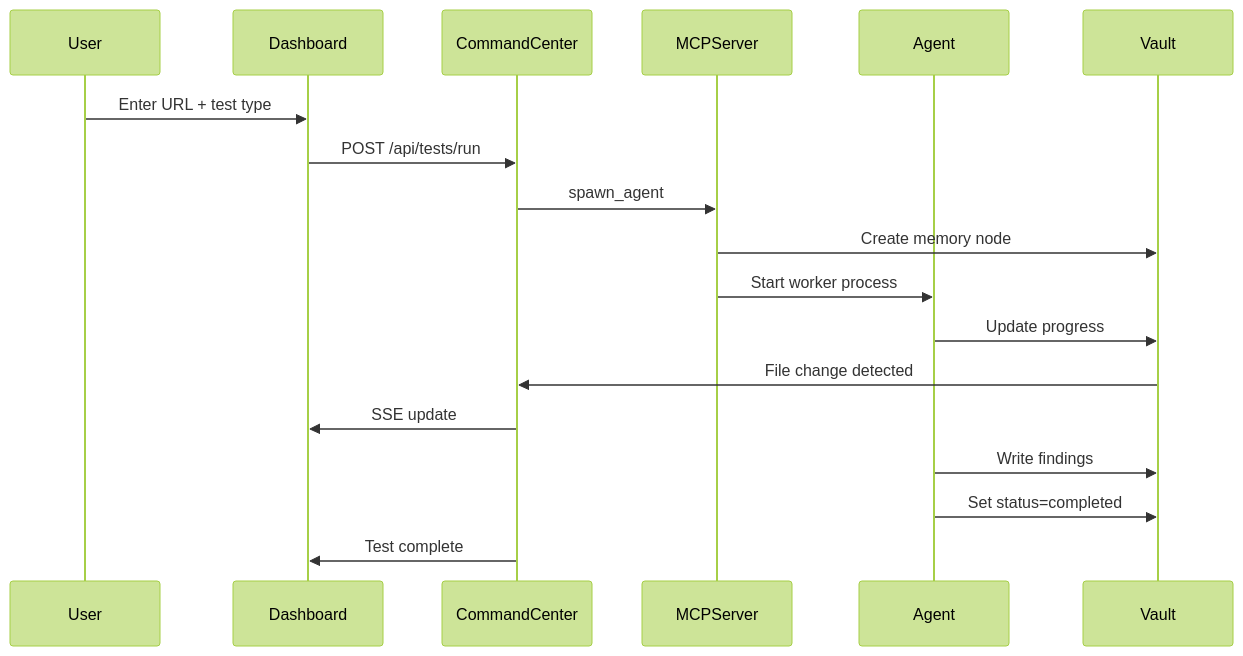
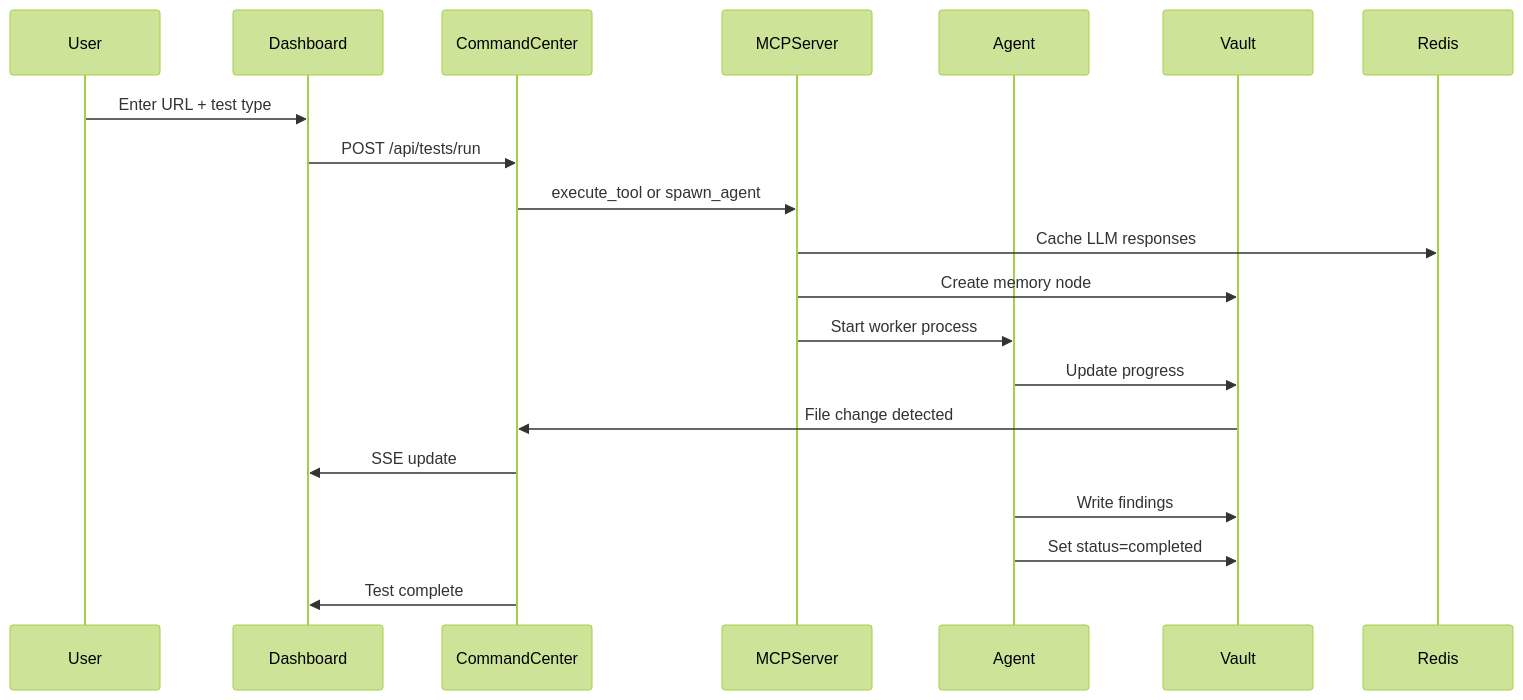
The diagram in docs/getting-started/quickstart.md (Artflarex-Limited/vectra-qa), drawn with Mermaid (forest theme) before and after one commit. The commit also changed other lines of this file and 48 other files, not shown here.

First line of the commit message:
feat: production-ready v1.0 with 6 feature testers, LLM cache, Redis queue

````diff
--- a/docs/getting-started/quickstart.md
+++ b/docs/getting-started/quickstart.md
@@ -62,21 +125,23 @@
 ```mermaid
 sequenceDiagram
     participant User
     participant Dashboard
     participant CommandCenter
     participant MCPServer
     participant Agent
     participant Vault
+    participant Redis
 
     User->>Dashboard: Enter URL + test type
     Dashboard->>CommandCenter: POST /api/tests/run
-    CommandCenter->>MCPServer: spawn_agent
+    CommandCenter->>MCPServer: execute_tool or spawn_agent
+    MCPServer->>Redis: Cache LLM responses
     MCPServer->>Vault: Create memory node
     MCPServer->>Agent: Start worker process
     Agent->>Vault: Update progress
     Vault->>CommandCenter: File change detected
     CommandCenter->>Dashboard: SSE update
     Agent->>Vault: Write findings
     Agent->>Vault: Set status=completed
     CommandCenter->>Dashboard: Test complete
 ```
````
